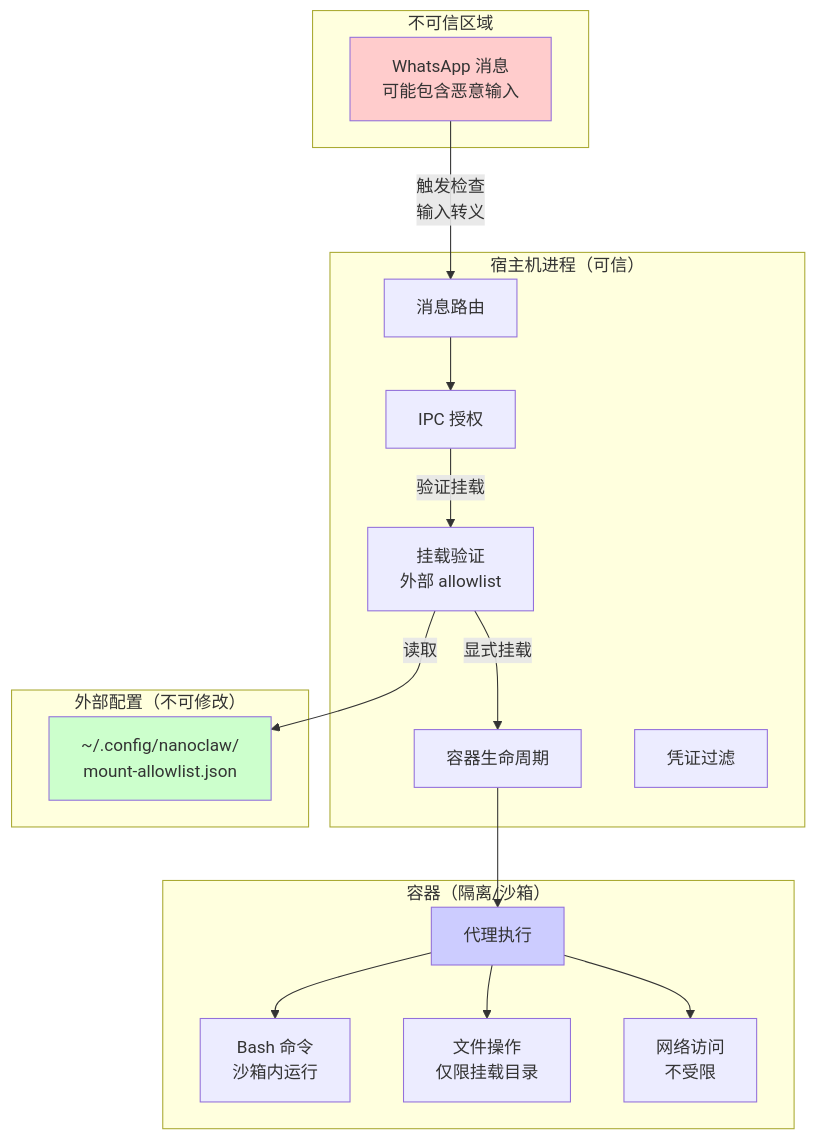
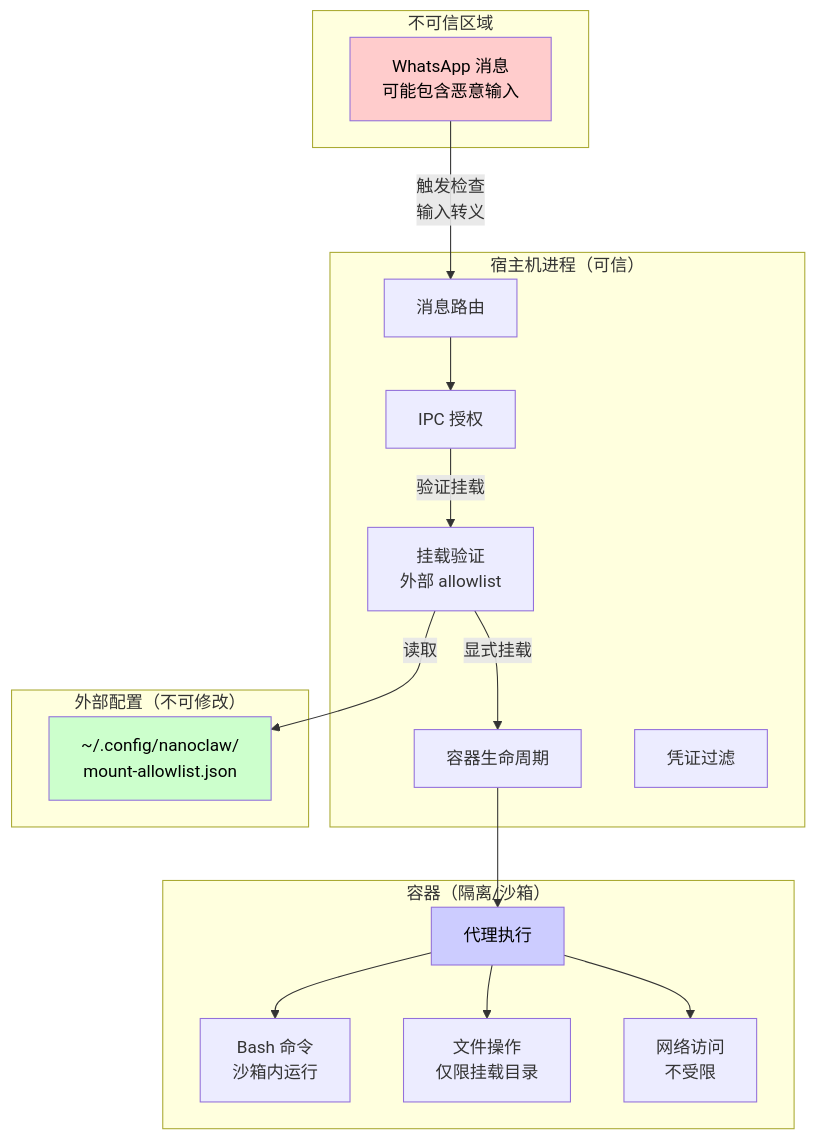
One commit to cloudyan/nanoclaw changed diagram 13 of 22 in analysis/附录-架构图集.md. Above: the diagram before and after it, drawn with Mermaid. The commit also changed other lines of this file and 1 other file, not shown here.

Commit message:
docs: improve diagram readability with explicit text color

````diff
--- a/analysis/附录-架构图集.md
+++ b/analysis/附录-架构图集.md
@@ -715,39 +715,39 @@
 ```mermaid
 graph TB
     subgraph "不可信区域"
         WA["WhatsApp 消息<br/>可能包含恶意输入"]
     end
 
     subgraph "宿主机进程（可信）"
         MR[消息路由]
         IA[IPC 授权]
         MV["挂载验证<br/>外部 allowlist"]
         CL[容器生命周期]
         CF[凭证过滤]
     end
 
     subgraph "容器（隔离/沙箱）"
         AE[代理执行]
         BC["Bash 命令<br/>沙箱内运行"]
         FO["文件操作<br/>仅限挂载目录"]
         NA["网络访问<br/>不受限"]
     end
 
     subgraph "外部配置（不可修改）"
         AL["~/.config/nanoclaw/<br/>mount-allowlist.json"]
     end
 
     WA -->|触发检查<br/>输入转义| MR
     MR --> IA
     IA -->|验证挂载| MV
     MV -->|读取| AL
     MV -->|显式挂载| CL
     CL --> AE
     AE --> BC
     AE --> FO
     AE --> NA
 
-    style WA fill:#ffcccc
-    style AL fill:#ccffcc
-    style AE fill:#ccccff
+    style WA fill:#ffcccc,color:#000000
+    style AL fill:#ccffcc,color:#000000
+    style AE fill:#ccccff,color:#000000
 ```
````
